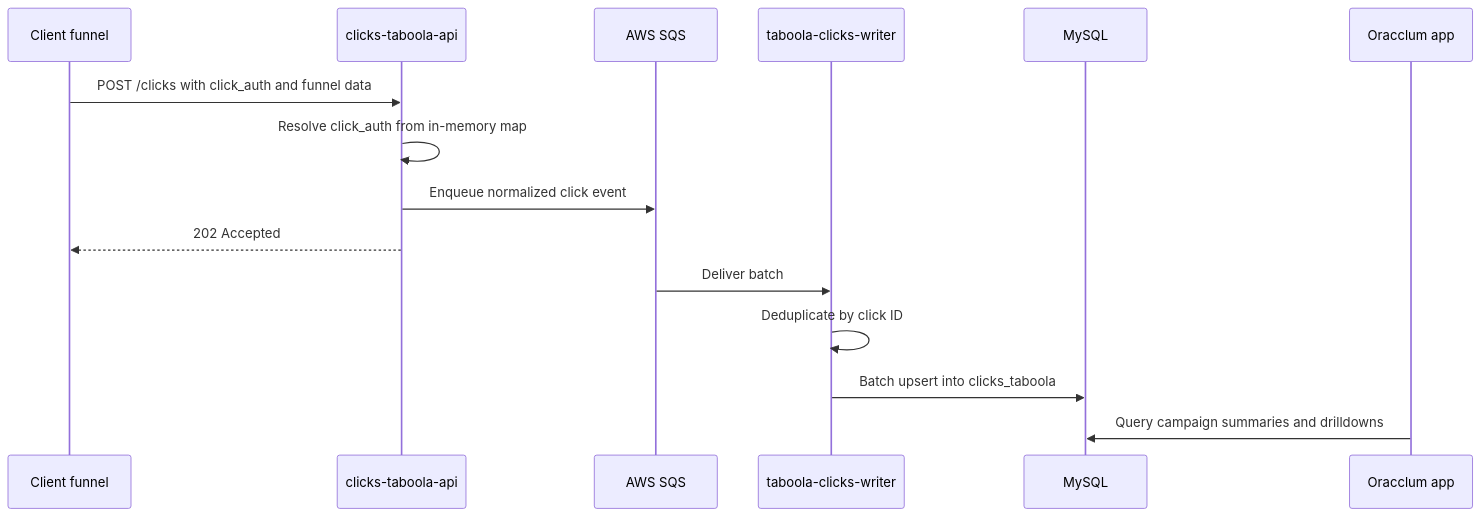
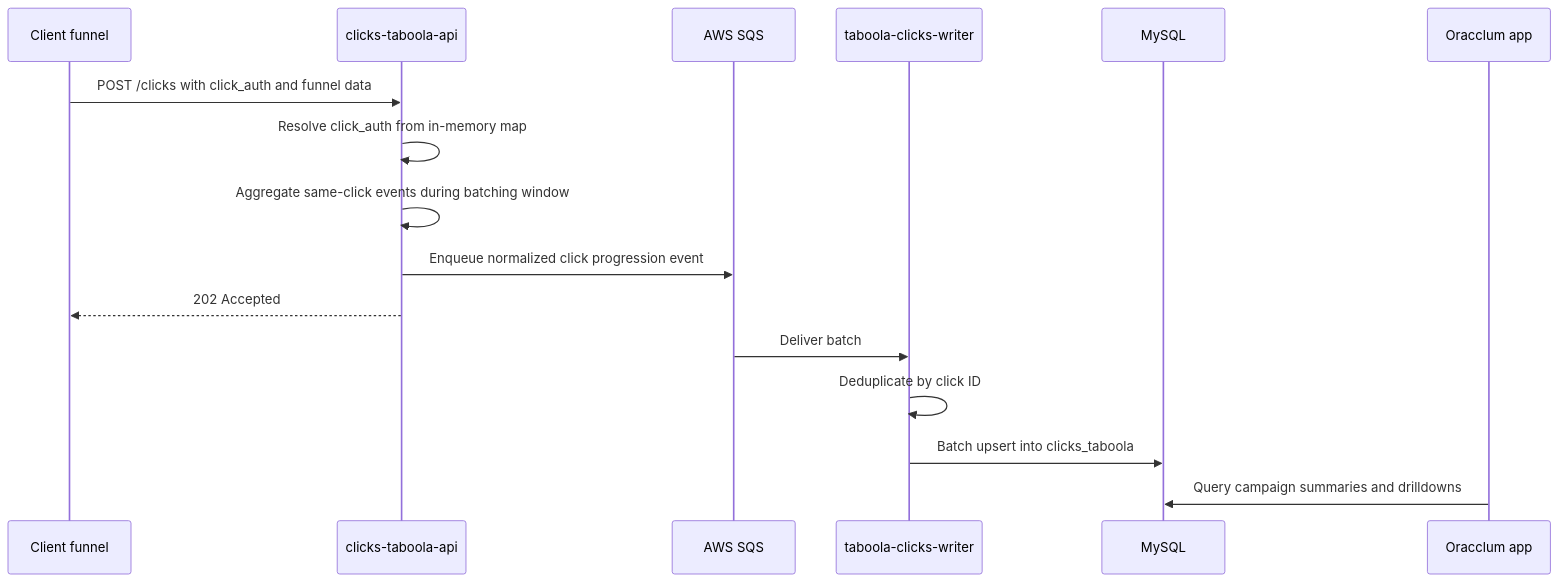
Before and after one commit to FCRez95/oracclum: the second of 3 diagrams in README.md, drawn with Mermaid. The commit also changed other lines of this file, not shown here.

````diff
--- a/README.md
+++ b/README.md
@@ -93,18 +93,19 @@
 ```mermaid
 sequenceDiagram
     participant Campaign as Client funnel
     participant API as clicks-taboola-api
     participant SQS as AWS SQS
     participant Lambda as taboola-clicks-writer
     participant DB as MySQL
     participant App as Oracclum app
 
     Campaign->>API: POST /clicks with click_auth and funnel data
     API->>API: Resolve click_auth from in-memory map
-    API->>SQS: Enqueue normalized click event
+    API->>API: Aggregate same-click events during batching window
+    API->>SQS: Enqueue normalized click progression event
     API-->>Campaign: 202 Accepted
     SQS->>Lambda: Deliver batch
     Lambda->>Lambda: Deduplicate by click ID
     Lambda->>DB: Batch upsert into clicks_taboola
     App->>DB: Query campaign summaries and drilldowns
 ```
````
